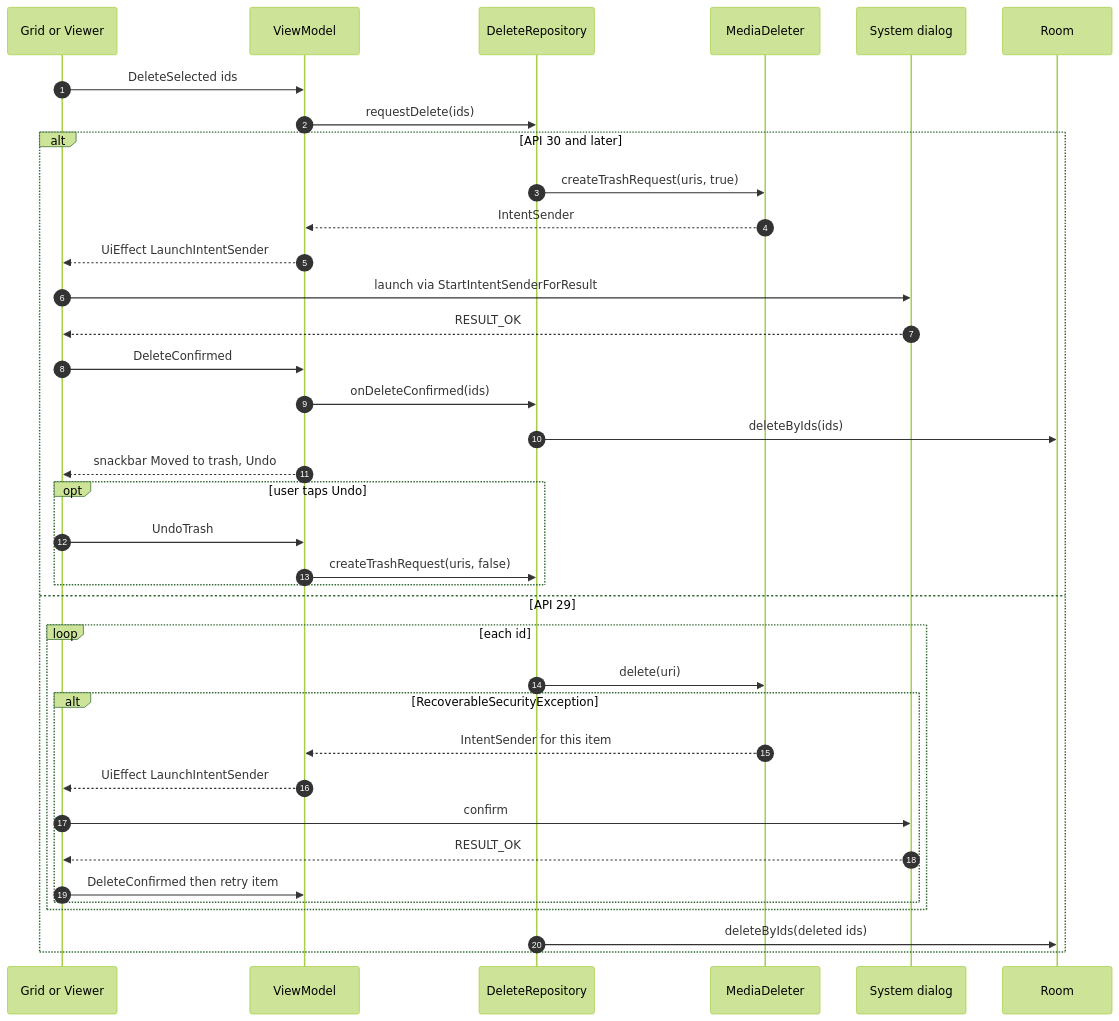
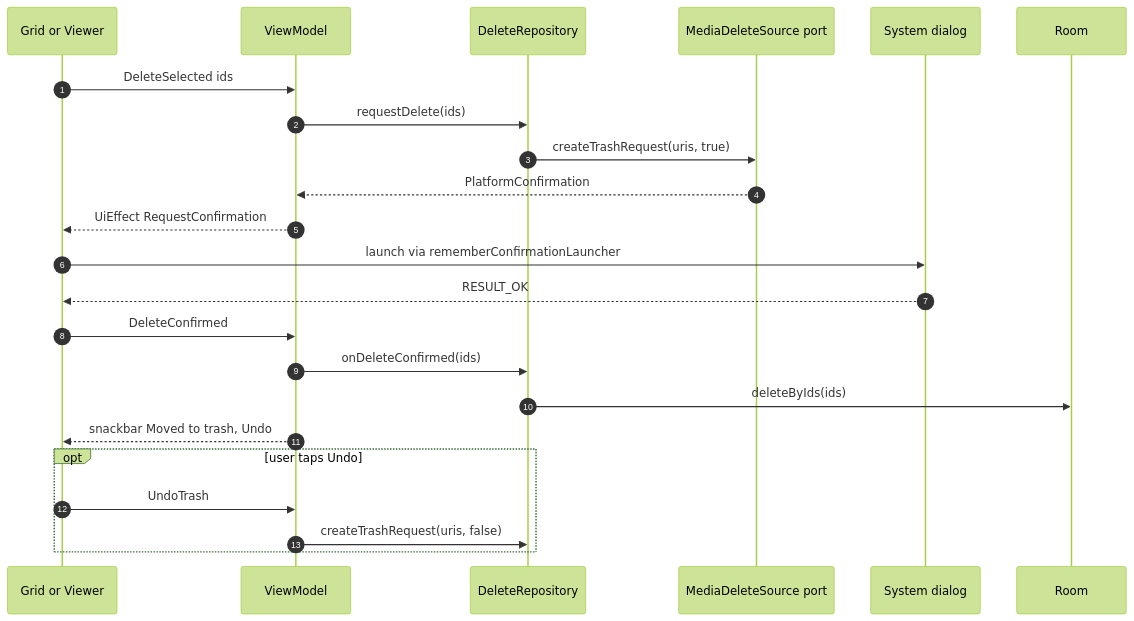
The eighth of 12 diagrams in docs/ARCHITECTURE.md (drehtuer/NextGalleryApp), drawn with Mermaid (forest theme) before and after one commit. The commit also changed other lines of this file and 3 other files, not shown here.

````diff
--- a/docs/ARCHITECTURE.md
+++ b/docs/ARCHITECTURE.md
@@ -578,40 +620,26 @@
 ```mermaid
 sequenceDiagram
     autonumber
     participant UI as Grid or Viewer
     participant VM as ViewModel
     participant D as DeleteRepository
-    participant MD as MediaDeleter
+    participant MD as MediaDeleteSource port
     participant Sys as System dialog
     participant DB as Room
 
     UI->>VM: DeleteSelected ids
     VM->>D: requestDelete(ids)
-    alt API 30 and later
-        D->>MD: createTrashRequest(uris, true)
-        MD-->>VM: IntentSender
-        VM-->>UI: UiEffect LaunchIntentSender
-        UI->>Sys: launch via StartIntentSenderForResult
-        Sys-->>UI: RESULT_OK
-        UI->>VM: DeleteConfirmed
-        VM->>D: onDeleteConfirmed(ids)
-        D->>DB: deleteByIds(ids)
-        VM-->>UI: snackbar Moved to trash, Undo
-        opt user taps Undo
-            UI->>VM: UndoTrash
-            VM->>D: createTrashRequest(uris, false)
-        end
-    else API 29
-        loop each id
-            D->>MD: delete(uri)
-            alt RecoverableSecurityException
-                MD-->>VM: IntentSender for this item
-                VM-->>UI: UiEffect LaunchIntentSender
-                UI->>Sys: confirm
-                Sys-->>UI: RESULT_OK
-                UI->>VM: DeleteConfirmed then retry item
-            end
-        end
-        D->>DB: deleteByIds(deleted ids)
+    D->>MD: createTrashRequest(uris, true)
+    MD-->>VM: PlatformConfirmation
+    VM-->>UI: UiEffect RequestConfirmation
+    UI->>Sys: launch via rememberConfirmationLauncher
+    Sys-->>UI: RESULT_OK
+    UI->>VM: DeleteConfirmed
+    VM->>D: onDeleteConfirmed(ids)
+    D->>DB: deleteByIds(ids)
+    VM-->>UI: snackbar Moved to trash, Undo
+    opt user taps Undo
+        UI->>VM: UndoTrash
+        VM->>D: createTrashRequest(uris, false)
     end
 ```
````
